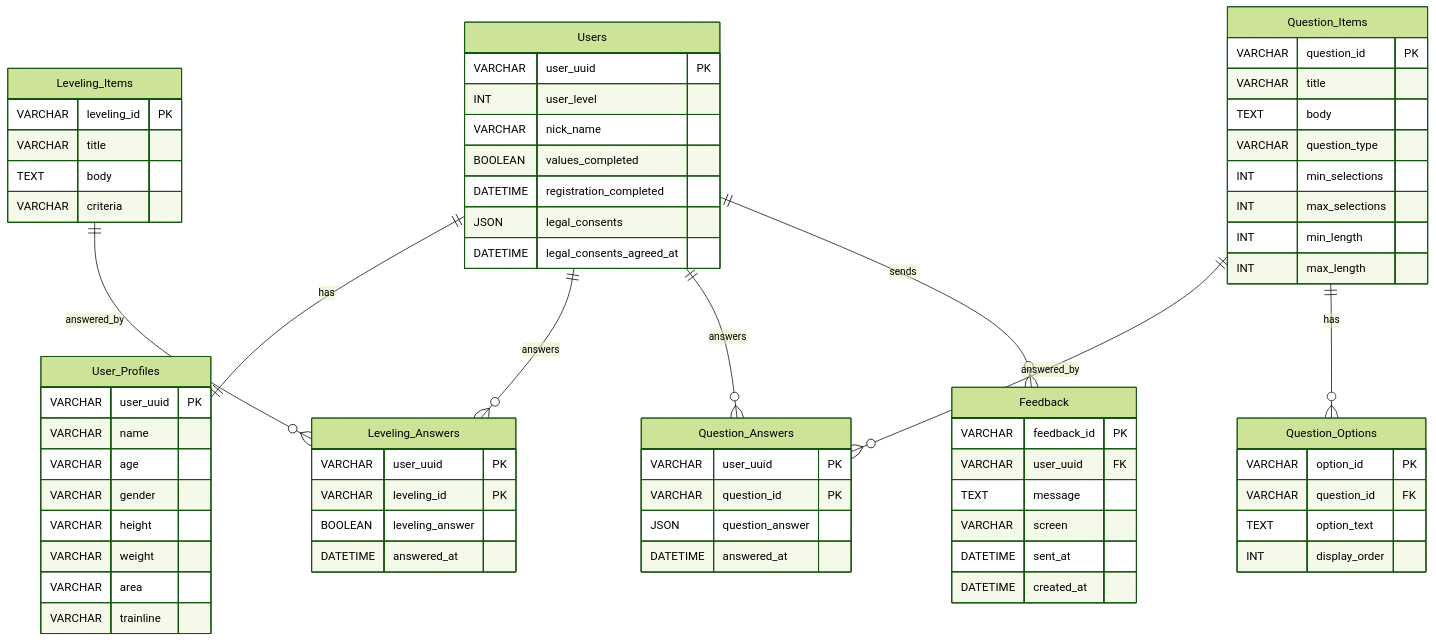
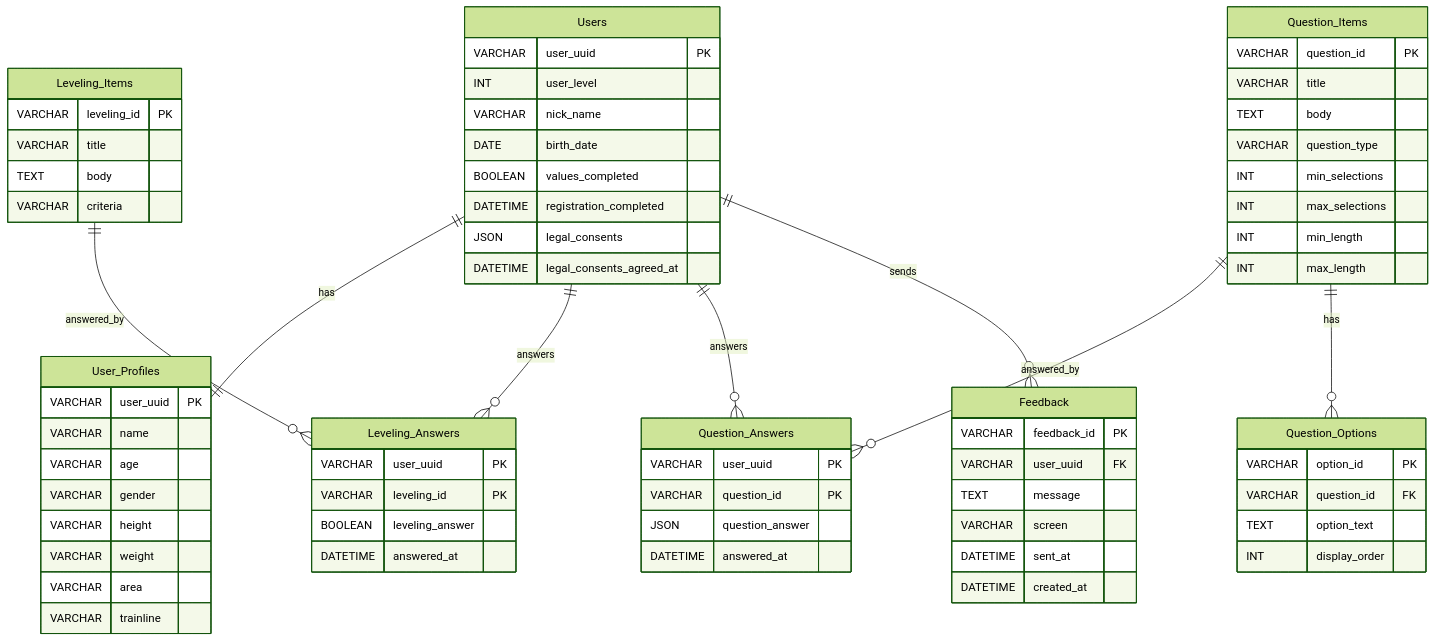
The second of 2 diagrams in workspace/db/TABLE_SPEC.md (Stepwise-developer/Matcher), drawn with Mermaid (forest theme) before and after one commit. The commit also changed other lines of this file and 1 other file, not shown here.

````diff
--- a/workspace/db/TABLE_SPEC.md
+++ b/workspace/db/TABLE_SPEC.md
@@ -204,79 +208,80 @@
 ```mermaid
 erDiagram
     Users {
         VARCHAR user_uuid PK
         INT user_level
         VARCHAR nick_name
+        DATE birth_date
         BOOLEAN values_completed
         DATETIME registration_completed
         JSON legal_consents
         DATETIME legal_consents_agreed_at
     }
 
     User_Profiles {
         VARCHAR user_uuid PK
         VARCHAR name
         VARCHAR age
         VARCHAR gender
         VARCHAR height
         VARCHAR weight
         VARCHAR area
         VARCHAR trainline
     }
 
     Leveling_Items {
         VARCHAR leveling_id PK
         VARCHAR title
         TEXT body
         VARCHAR criteria
     }
 
     Leveling_Answers {
         VARCHAR user_uuid PK
         VARCHAR leveling_id PK
         BOOLEAN leveling_answer
         DATETIME answered_at
     }
 
     Question_Items {
         VARCHAR question_id PK
         VARCHAR title
         TEXT body
         VARCHAR question_type
         INT min_selections
         INT max_selections
         INT min_length
         INT max_length
     }
 
     Question_Options {
         VARCHAR option_id PK
         VARCHAR question_id FK
         TEXT option_text
         INT display_order
     }
 
     Question_Answers {
         VARCHAR user_uuid PK
         VARCHAR question_id PK
         JSON question_answer
         DATETIME answered_at
     }
 
     Feedback {
         VARCHAR feedback_id PK
         VARCHAR user_uuid FK
         TEXT message
         VARCHAR screen
         DATETIME sent_at
         DATETIME created_at
     }
 
     Users ||--|| User_Profiles : has
     Users ||--o{ Leveling_Answers : answers
     Leveling_Items ||--o{ Leveling_Answers : answered_by
     Users ||--o{ Question_Answers : answers
     Question_Items ||--o{ Question_Answers : answered_by
     Question_Items ||--o{ Question_Options : has
     Users ||--o{ Feedback : sends
 ```
````
